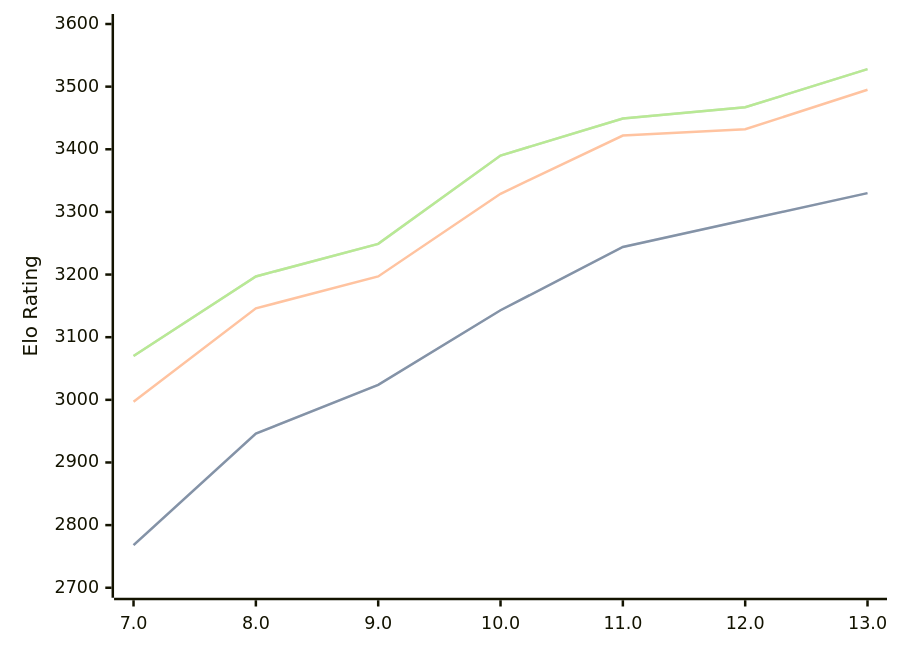
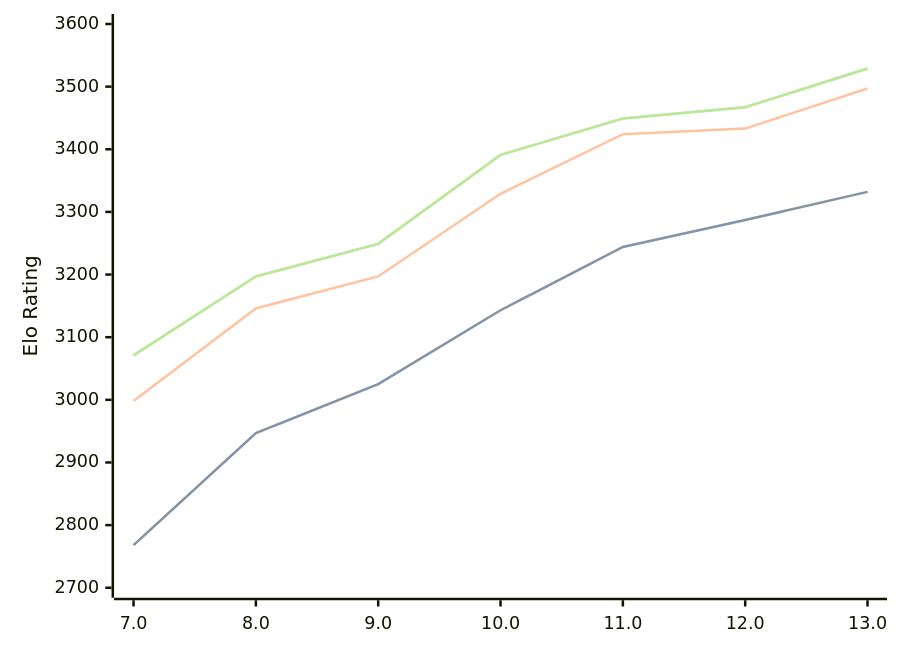
Before and after one commit to computer-chess-index/cci: the diagram in engines/Tcheran.md, drawn with Mermaid. The commit also changed other lines of this file, not shown here.

Commit message:
Update CCI Ratings (ELO VLTC) - 2026-09-14

````diff
--- a/engines/Tcheran.md
+++ b/engines/Tcheran.md
@@ -37,11 +37,11 @@
 ```mermaid
 %%{init: {"theme":"base","themeVariables":{"seriesColors:['#a3a3a3','#222221','#faa371']}}}%%
 xychart-beta
   x-axis ["7.0", "8.0", "9.0", "10.0", "11.0", "12.0", "13.0"]
   y-axis "Elo Rating" 2700 --> 3600
-  line "" [2768, 2946, 3024, 3143, 3244, 3287, 3330]
-  line "STC (8.0+0.08s)" [2768, 2946, 3024, 3143, 3244, 3287, 3330]
-  line "LTC (60.0+0.60s)" [2997, 3146, 3197, 3329, 3422, 3432, 3495]
-  line "" [3070, 3197, 3249, 3390, 3449, 3467, 3528]
-  line "VLTC (2m24s+1.12s)" [3070, 3197, 3249, 3390, 3449, 3467, 3528]
+  line "" [2768, 2947, 3025, 3143, 3244, 3287, 3332]
+  line "STC (8.0+0.08s)" [2768, 2947, 3025, 3143, 3244, 3287, 3332]
+  line "LTC (60.0+0.60s)" [2998, 3146, 3197, 3329, 3424, 3433, 3497]
+  line "" [3071, 3197, 3249, 3391, 3449, 3467, 3529]
+  line "VLTC (2m24s+1.12s)" [3071, 3197, 3249, 3391, 3449, 3467, 3529]
 ```
````
